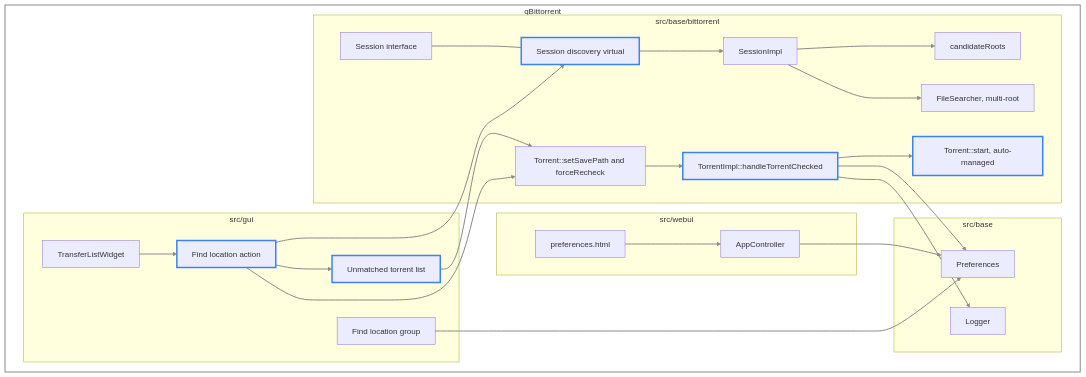
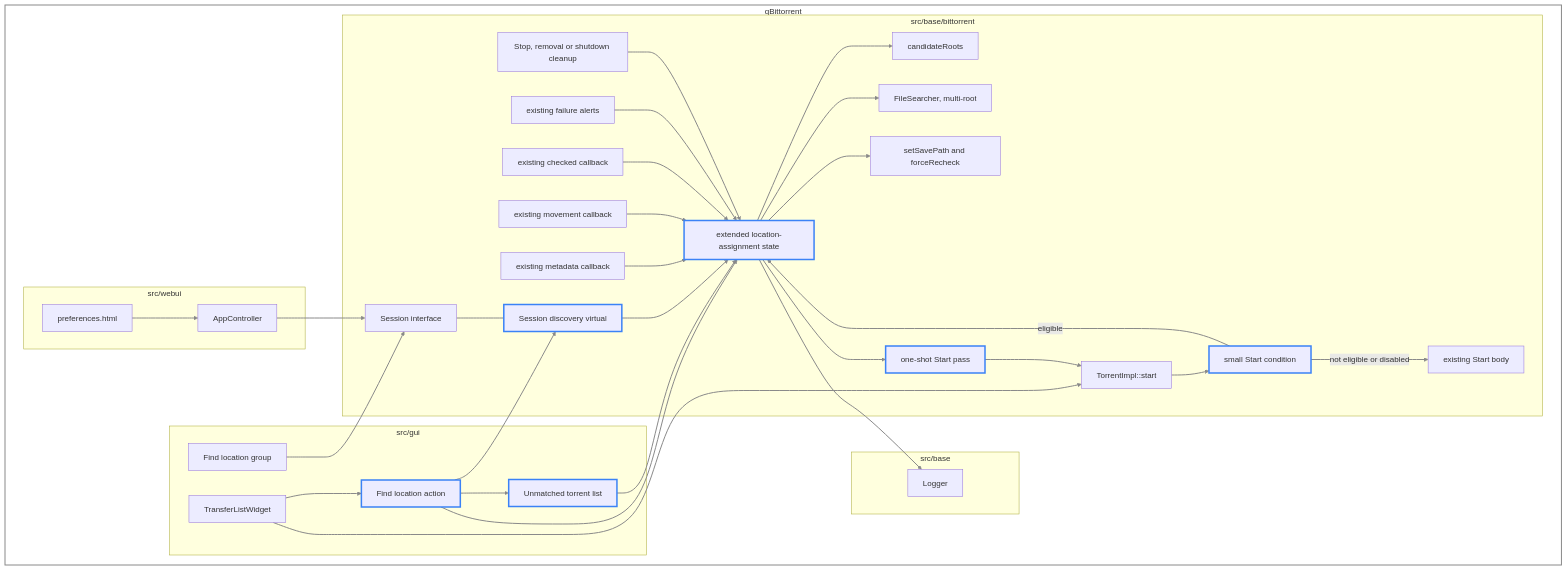
Before and after one commit to tsylvester/qBittorrent: the third of 4 diagrams in doc/en/find-location_system_architecture.md, drawn with Mermaid. The commit also changed other lines of this file and 8 other files, not shown here.

Commit message:
Update planning docs to add the "stop->start" auto-find hook

````diff
--- a/doc/en/find-location_system_architecture.md
+++ b/doc/en/find-location_system_architecture.md
@@ -147,51 +149,66 @@
 ```mermaid
 flowchart TD
     subgraph repo["qBittorrent"]
         subgraph gui["src/gui"]
             TLW["TransferListWidget"]
             FLA["Find location action"]
             UML["Unmatched torrent list"]
             ODG["Find location group"]
         end
         subgraph web["src/webui"]
             AC["AppController"]
             PH["preferences.html"]
         end
         subgraph base["src/base"]
-            PREF["Preferences"]
             LOG["Logger"]
         end
         subgraph bt["src/base/bittorrent"]
             SESS["Session interface"]
             SDV["Session discovery virtual"]
-            SI["SessionImpl"]
-            TIC["TorrentImpl::handleTorrentChecked"]
-            TSP["Torrent::setSavePath and forceRecheck"]
-            TST["Torrent::start, auto-managed"]
+            TSTART["TorrentImpl::start"]
+            GUARD["small Start condition"]
+            STARTBODY["existing Start body"]
+            TX["extended location-assignment state"]
+            META["existing metadata callback"]
+            MOVE["existing movement callback"]
+            CHECK["existing checked callback"]
+            ERROR["existing failure alerts"]
+            CANCEL["Stop, removal or shutdown cleanup"]
+            RELEASE["one-shot Start pass"]
+            ASSIGN["setSavePath and forceRecheck"]
             CR["candidateRoots"]
             FSN["FileSearcher, multi-root"]
         end
     end
 
     TLW --> FLA
+    TLW --> TSTART
     FLA --> SDV
     FLA --> UML
-    FLA --> TSP
-    UML --> TSP
+    FLA --> TX
+    UML --> TX
     SESS --- SDV
-    SDV --> SI
-    SI --> CR
-    SI --> FSN
-    TSP --> TIC
-    TIC --> PREF
-    TIC --> TST
-    TIC --> LOG
-    ODG --> PREF
-    AC --> PREF
+    SDV --> TX
+    TSTART --> GUARD
+    GUARD -->|not eligible or disabled| STARTBODY
+    GUARD -->|eligible| TX
+    META --> TX
+    MOVE --> TX
+    CHECK --> TX
+    ERROR --> TX
+    CANCEL --> TX
+    TX --> CR
+    TX --> FSN
+    TX --> ASSIGN
+    TX --> RELEASE
+    RELEASE --> TSTART
+    TX --> LOG
+    ODG --> SESS
+    AC --> SESS
     PH --> AC
 
     linkStyle default stroke:#8a8a8a,stroke-width:2px
     style repo fill:none,stroke:#8a8a8a,stroke-width:2px
     classDef added stroke:#3b82f6,stroke-width:3px
-    class FLA,UML,SDV,TIC,TST added
+    class FLA,UML,SDV,GUARD,TX,RELEASE added
 ```
````
